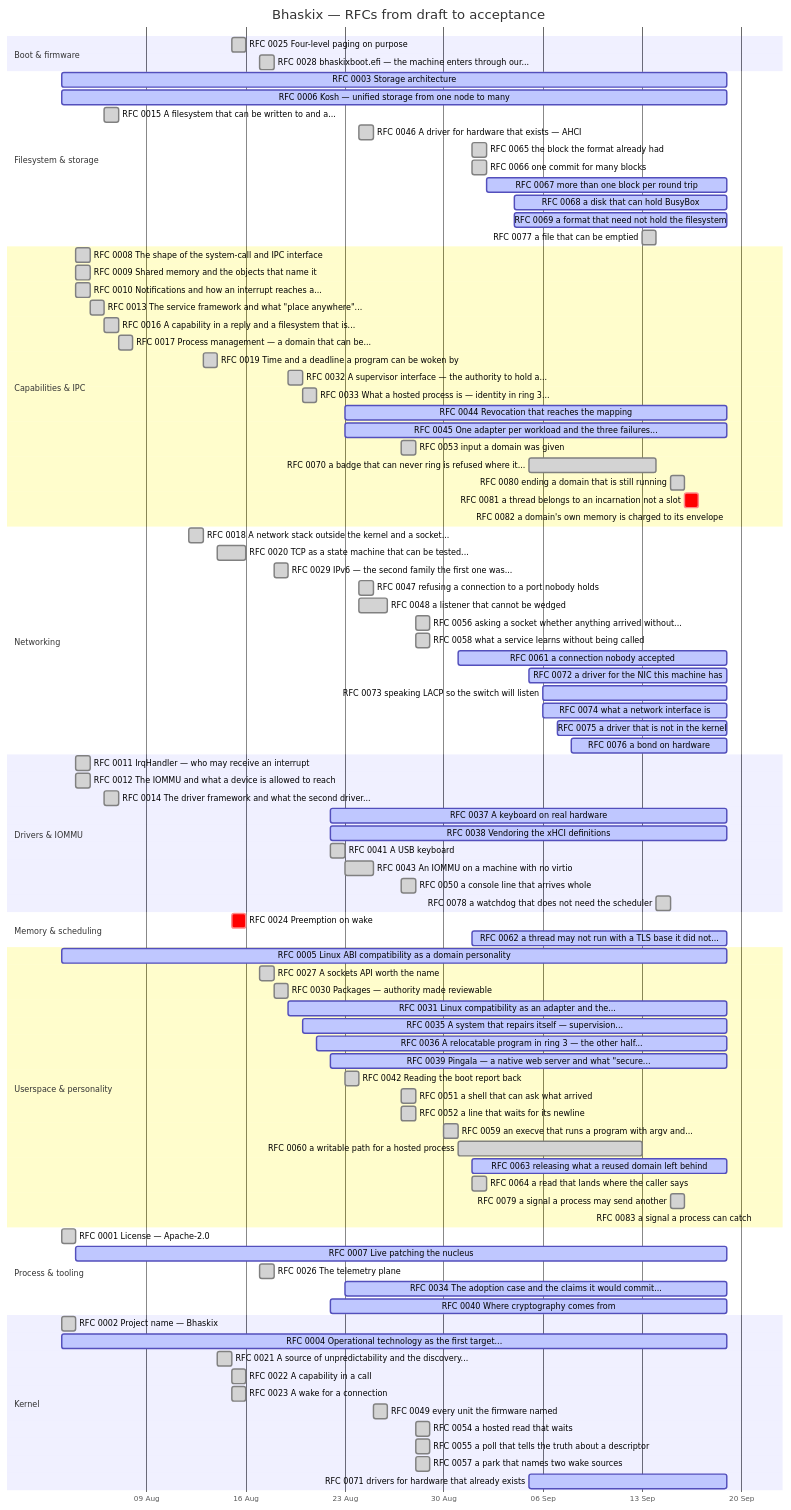
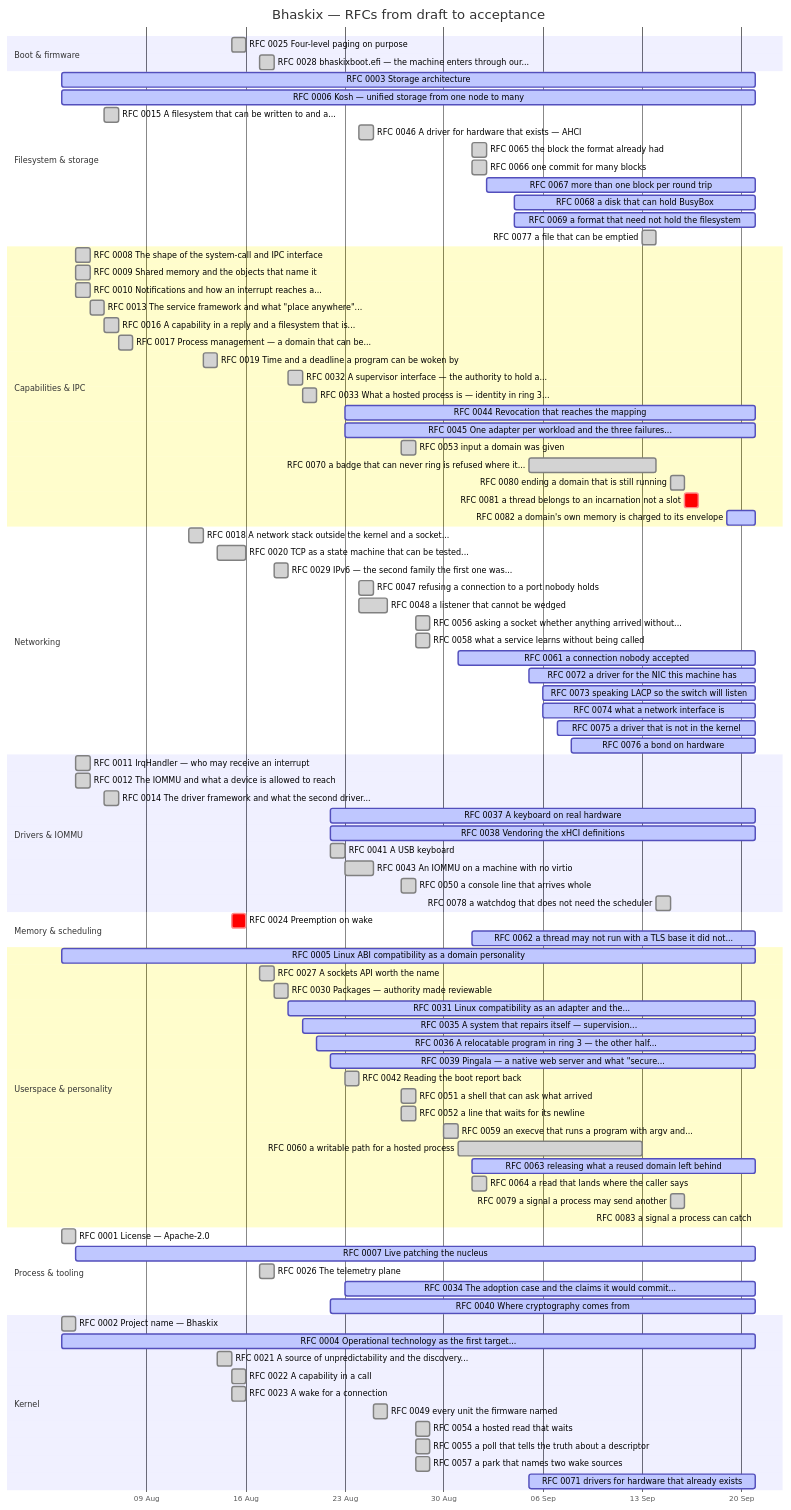
The diagram in docs/progress.md (bhaskix/bhaskix), drawn with Mermaid before and after one commit. The commit also changed other lines of this file and 7 other files, not shown here.

````diff
--- a/docs/progress.md
+++ b/docs/progress.md
@@ -31,15 +31,15 @@
     RFC 0025 Four-level paging on purpose :done, r0025, 2026-08-15, 2026-08-16
     RFC 0028 bhaskixboot.efi — the machine enters through our... :done, r0028, 2026-08-17, 2026-08-18
     section Filesystem & storage
-    RFC 0003 Storage architecture :active, r0003, 2026-08-03, 2026-09-19
-    RFC 0006 Kosh — unified storage from one node to many :active, r0006, 2026-08-03, 2026-09-19
+    RFC 0003 Storage architecture :active, r0003, 2026-08-03, 2026-09-21
+    RFC 0006 Kosh — unified storage from one node to many :active, r0006, 2026-08-03, 2026-09-21
     RFC 0015 A filesystem that can be written to and a... :done, r0015, 2026-08-06, 1d
     RFC 0046 A driver for hardware that exists — AHCI :done, r0046, 2026-08-24, 1d
     RFC 0065 the block the format already had :done, r0065, 2026-09-01, 1d
     RFC 0066 one commit for many blocks :done, r0066, 2026-09-01, 1d
-    RFC 0067 more than one block per round trip :active, r0067, 2026-09-02, 2026-09-19
-    RFC 0068 a disk that can hold BusyBox :active, r0068, 2026-09-04, 2026-09-19
-    RFC 0069 a format that need not hold the filesystem :active, r0069, 2026-09-04, 2026-09-19
+    RFC 0067 more than one block per round trip :active, r0067, 2026-09-02, 2026-09-21
+    RFC 0068 a disk that can hold BusyBox :active, r0068, 2026-09-04, 2026-09-21
+    RFC 0069 a format that need not hold the filesystem :active, r0069, 2026-09-04, 2026-09-21
     RFC 0077 a file that can be emptied :done, r0077, 2026-09-13, 1d
     section Capabilities & IPC
     RFC 0008 The shape of the system-call and IPC interface :done, r0008, 2026-08-04, 1d
@@ -51,13 +51,13 @@
     RFC 0019 Time and a deadline a program can be woken by :done, r0019, 2026-08-13, 2026-08-14
     RFC 0032 A supervisor interface — the authority to hold a... :done, r0032, 2026-08-19, 2026-08-20
     RFC 0033 What a hosted process is — identity in ring 3... :done, r0033, 2026-08-20, 1d
-    RFC 0044 Revocation that reaches the mapping :active, r0044, 2026-08-23, 2026-09-19
-    RFC 0045 One adapter per workload and the three failures... :active, r0045, 2026-08-23, 2026-09-19
+    RFC 0044 Revocation that reaches the mapping :active, r0044, 2026-08-23, 2026-09-21
+    RFC 0045 One adapter per workload and the three failures... :active, r0045, 2026-08-23, 2026-09-21
     RFC 0053 input a domain was given :done, r0053, 2026-08-27, 1d
     RFC 0070 a badge that can never ring is refused where it... :done, r0070, 2026-09-05, 2026-09-14
     RFC 0080 ending a domain that is still running :done, r0080, 2026-09-15, 1d
     RFC 0081 a thread belongs to an incarnation not a slot :crit, r0081, 2026-09-16, 1d
-    RFC 0082 a domain's own memory is charged to its envelope :active, r0082, 2026-09-19, 2026-09-19
+    RFC 0082 a domain's own memory is charged to its envelope :active, r0082, 2026-09-19, 2026-09-21
     section Networking
     RFC 0018 A network stack outside the kernel and a socket... :done, r0018, 2026-08-12, 2026-08-13
     RFC 0020 TCP as a state machine that can be tested... :done, r0020, 2026-08-14, 2026-08-16
@@ -66,51 +66,51 @@
     RFC 0048 a listener that cannot be wedged :done, r0048, 2026-08-24, 2026-08-26
     RFC 0056 asking a socket whether anything arrived without... :done, r0056, 2026-08-28, 1d
     RFC 0058 what a service learns without being called :done, r0058, 2026-08-28, 1d
-    RFC 0061 a connection nobody accepted :active, r0061, 2026-08-31, 2026-09-19
-    RFC 0072 a driver for the NIC this machine has :active, r0072, 2026-09-05, 2026-09-19
-    RFC 0073 speaking LACP so the switch will listen :active, r0073, 2026-09-06, 2026-09-19
-    RFC 0074 what a network interface is :active, r0074, 2026-09-06, 2026-09-19
-    RFC 0075 a driver that is not in the kernel :active, r0075, 2026-09-07, 2026-09-19
-    RFC 0076 a bond on hardware :active, r0076, 2026-09-08, 2026-09-19
+    RFC 0061 a connection nobody accepted :active, r0061, 2026-08-31, 2026-09-21
+    RFC 0072 a driver for the NIC this machine has :active, r0072, 2026-09-05, 2026-09-21
+    RFC 0073 speaking LACP so the switch will listen :active, r0073, 2026-09-06, 2026-09-21
+    RFC 0074 what a network interface is :active, r0074, 2026-09-06, 2026-09-21
+    RFC 0075 a driver that is not in the kernel :active, r0075, 2026-09-07, 2026-09-21
+    RFC 0076 a bond on hardware :active, r0076, 2026-09-08, 2026-09-21
     section Drivers & IOMMU
     RFC 0011 IrqHandler — who may receive an interrupt :done, r0011, 2026-08-04, 1d
     RFC 0012 The IOMMU and what a device is allowed to reach :done, r0012, 2026-08-04, 1d
     RFC 0014 The driver framework and what the second driver... :done, r0014, 2026-08-06, 1d
-    RFC 0037 A keyboard on real hardware :active, r0037, 2026-08-22, 2026-09-19
-    RFC 0038 Vendoring the xHCI definitions :active, r0038, 2026-08-22, 2026-09-19
+    RFC 0037 A keyboard on real hardware :active, r0037, 2026-08-22, 2026-09-21
+    RFC 0038 Vendoring the xHCI definitions :active, r0038, 2026-08-22, 2026-09-21
     RFC 0041 A USB keyboard :done, r0041, 2026-08-22, 2026-08-23
     RFC 0043 An IOMMU on a machine with no virtio :done, r0043, 2026-08-23, 2026-08-25
     RFC 0050 a console line that arrives whole :done, r0050, 2026-08-27, 1d
     RFC 0078 a watchdog that does not need the scheduler :done, r0078, 2026-09-14, 2026-09-15
     section Memory & scheduling
     RFC 0024 Preemption on wake :crit, r0024, 2026-08-15, 1d
-    RFC 0062 a thread may not run with a TLS base it did not... :active, r0062, 2026-09-01, 2026-09-19
+    RFC 0062 a thread may not run with a TLS base it did not... :active, r0062, 2026-09-01, 2026-09-21
     section Userspace & personality
-    RFC 0005 Linux ABI compatibility as a domain personality :active, r0005, 2026-08-03, 2026-09-19
+    RFC 0005 Linux ABI compatibility as a domain personality :active, r0005, 2026-08-03, 2026-09-21
     RFC 0027 A sockets API worth the name :done, r0027, 2026-08-17, 1d
     RFC 0030 Packages — authority made reviewable :done, r0030, 2026-08-18, 2026-08-19
-    RFC 0031 Linux compatibility as an adapter and the... :active, r0031, 2026-08-19, 2026-09-19
-    RFC 0035 A system that repairs itself — supervision... :active, r0035, 2026-08-20, 2026-09-19
-    RFC 0036 A relocatable program in ring 3 — the other half... :active, r0036, 2026-08-21, 2026-09-19
-    RFC 0039 Pingala — a native web server and what "secure... :active, r0039, 2026-08-22, 2026-09-19
+    RFC 0031 Linux compatibility as an adapter and the... :active, r0031, 2026-08-19, 2026-09-21
+    RFC 0035 A system that repairs itself — supervision... :active, r0035, 2026-08-20, 2026-09-21
+    RFC 0036 A relocatable program in ring 3 — the other half... :active, r0036, 2026-08-21, 2026-09-21
+    RFC 0039 Pingala — a native web server and what "secure... :active, r0039, 2026-08-22, 2026-09-21
     RFC 0042 Reading the boot report back :done, r0042, 2026-08-23, 1d
     RFC 0051 a shell that can ask what arrived :done, r0051, 2026-08-27, 1d
     RFC 0052 a line that waits for its newline :done, r0052, 2026-08-27, 1d
     RFC 0059 an execve that runs a program with argv and... :done, r0059, 2026-08-30, 1d
     RFC 0060 a writable path for a hosted process :done, r0060, 2026-08-31, 2026-09-13
-    RFC 0063 releasing what a reused domain left behind :active, r0063, 2026-09-01, 2026-09-19
+    RFC 0063 releasing what a reused domain left behind :active, r0063, 2026-09-01, 2026-09-21
     RFC 0064 a read that lands where the caller says :done, r0064, 2026-09-01, 1d
     RFC 0079 a signal a process may send another :done, r0079, 2026-09-15, 1d
     RFC 0083 a signal a process can catch :active, r0083, 2026-09-21, 2026-09-21
     section Process & tooling
     RFC 0001 License — Apache-2.0 :done, r0001, 2026-08-03, 1d
-    RFC 0007 Live patching the nucleus :active, r0007, 2026-08-04, 2026-09-19
+    RFC 0007 Live patching the nucleus :active, r0007, 2026-08-04, 2026-09-21
     RFC 0026 The telemetry plane :done, r0026, 2026-08-17, 1d
-    RFC 0034 The adoption case and the claims it would commit... :active, r0034, 2026-08-23, 2026-09-19
-    RFC 0040 Where cryptography comes from :active, r0040, 2026-08-22, 2026-09-19
+    RFC 0034 The adoption case and the claims it would commit... :active, r0034, 2026-08-23, 2026-09-21
+    RFC 0040 Where cryptography comes from :active, r0040, 2026-08-22, 2026-09-21
     section Kernel
     RFC 0002 Project name — Bhaskix :done, r0002, 2026-08-03, 1d
-    RFC 0004 Operational technology as the first target... :active, r0004, 2026-08-03, 2026-09-19
+    RFC 0004 Operational technology as the first target... :active, r0004, 2026-08-03, 2026-09-21
     RFC 0021 A source of unpredictability and the discovery... :done, r0021, 2026-08-14, 1d
     RFC 0022 A capability in a call :done, r0022, 2026-08-15, 2026-08-16
     RFC 0023 A wake for a connection :done, r0023, 2026-08-15, 2026-08-16
@@ -118,5 +118,5 @@
     RFC 0054 a hosted read that waits :done, r0054, 2026-08-28, 1d
     RFC 0055 a poll that tells the truth about a descriptor :done, r0055, 2026-08-28, 1d
     RFC 0057 a park that names two wake sources :done, r0057, 2026-08-28, 1d
-    RFC 0071 drivers for hardware that already exists :active, r0071, 2026-09-05, 2026-09-19
+    RFC 0071 drivers for hardware that already exists :active, r0071, 2026-09-05, 2026-09-21
 ```
````
